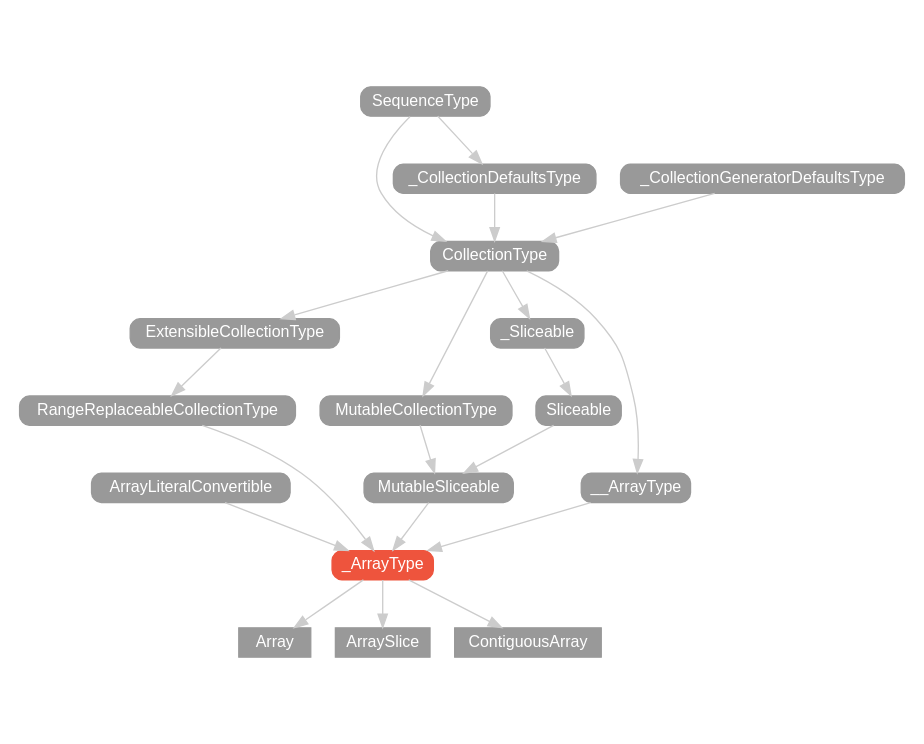
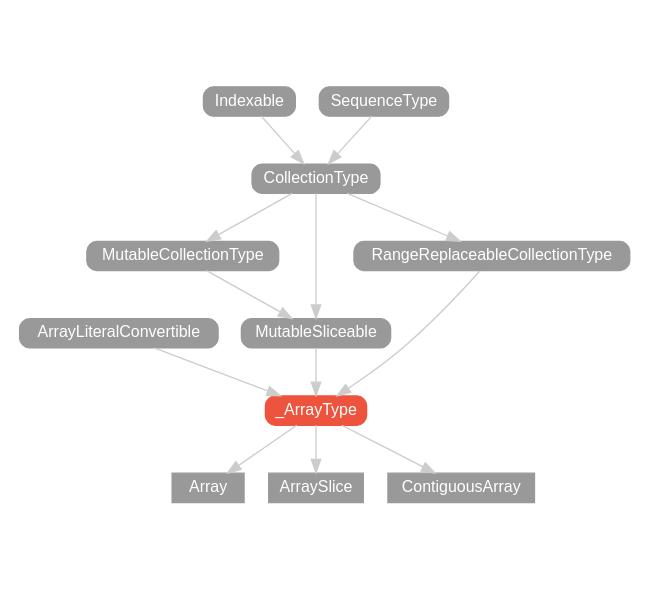
One commit to SwiftDoc/SwiftDoc.github.io changed the diagram in swift-2/protocol/_ArrayType/hierarchy/index.dot. Above: the diagram before and after it, drawn with Graphviz. The commit also changed 1118 other files, not shown here.

```diff
--- a/swift-2/protocol/_ArrayType/hierarchy/index.dot
+++ b/swift-2/protocol/_ArrayType/hierarchy/index.dot
@@ -1,54 +1,34 @@
 strict digraph "_ArrayType - Type Hierarchy - SwiftDoc.org" {
     pad="0.1,0.8"
     node [shape=box, style="filled,rounded", color="#999999", fillcolor="#999999", fontcolor=white, fontname=Helvetica, fontnames="Helvetica,sansserif", fontsize=12, margin="0.07,0.05", height="0.3"]
     edge [color="#cccccc"]
     "Array" [URL="/type/Array/", style=filled]
     "ArrayLiteralConvertible" [URL="/protocol/ArrayLiteralConvertible/"]
     "ArraySlice" [URL="/type/ArraySlice/", style=filled]
     "CollectionType" [URL="/protocol/CollectionType/"]
     "ContiguousArray" [URL="/type/ContiguousArray/", style=filled]
-    "ExtensibleCollectionType" [URL="/protocol/ExtensibleCollectionType/"]
+    "Indexable" [URL="/protocol/Indexable/"]
     "MutableCollectionType" [URL="/protocol/MutableCollectionType/"]
     "MutableSliceable" [URL="/protocol/MutableSliceable/"]
     "RangeReplaceableCollectionType" [URL="/protocol/RangeReplaceableCollectionType/"]
     "SequenceType" [URL="/protocol/SequenceType/"]
-    "Sliceable" [URL="/protocol/Sliceable/"]
-    "_ArrayType" [URL="/protocol/_ArrayType/", style="filled,rounded", fillcolor="#ee543d", color="#ee543d"]
-    "_CollectionDefaultsType" [URL="/protocol/_CollectionDefaultsType/"]
-    "_CollectionGeneratorDefaultsType" [URL="/protocol/_CollectionGeneratorDefaultsType/"]
-    "_Sliceable" [URL="/protocol/_Sliceable/"]
-    "__ArrayType" [URL="/protocol/__ArrayType/"]    "_ArrayType" -> "Array"
+    "_ArrayType" [URL="/protocol/_ArrayType/", style="filled,rounded", fillcolor="#ee543d", color="#ee543d"]    "_ArrayType" -> "Array"
     "_ArrayType" -> "ArraySlice"
     "_ArrayType" -> "ContiguousArray"
-    "__ArrayType" -> "_ArrayType"
     "RangeReplaceableCollectionType" -> "_ArrayType"
     "MutableSliceable" -> "_ArrayType"
     "ArrayLiteralConvertible" -> "_ArrayType"
-    "CollectionType" -> "__ArrayType"
+    "CollectionType" -> "RangeReplaceableCollectionType"
+    "Indexable" -> "CollectionType"
     "SequenceType" -> "CollectionType"
-    "_CollectionDefaultsType" -> "CollectionType"
-    "_CollectionGeneratorDefaultsType" -> "CollectionType"
-    "SequenceType" -> "_CollectionDefaultsType"
-    "ExtensibleCollectionType" -> "RangeReplaceableCollectionType"
-    "CollectionType" -> "ExtensibleCollectionType"
+    "CollectionType" -> "MutableSliceable"
+    "MutableCollectionType" -> "MutableSliceable"
+    "Indexable" -> "CollectionType"
     "SequenceType" -> "CollectionType"
-    "_CollectionDefaultsType" -> "CollectionType"
-    "_CollectionGeneratorDefaultsType" -> "CollectionType"
-    "SequenceType" -> "_CollectionDefaultsType"
-    "Sliceable" -> "MutableSliceable"
-    "MutableCollectionType" -> "MutableSliceable"
-    "_Sliceable" -> "Sliceable"
-    "CollectionType" -> "_Sliceable"
+    "CollectionType" -> "MutableCollectionType"
+    "Indexable" -> "CollectionType"
     "SequenceType" -> "CollectionType"
-    "_CollectionDefaultsType" -> "CollectionType"
-    "_CollectionGeneratorDefaultsType" -> "CollectionType"
-    "SequenceType" -> "_CollectionDefaultsType"
-    "CollectionType" -> "MutableCollectionType"
-    "SequenceType" -> "CollectionType"
-    "_CollectionDefaultsType" -> "CollectionType"
-    "_CollectionGeneratorDefaultsType" -> "CollectionType"
-    "SequenceType" -> "_CollectionDefaultsType"
     subgraph Types {
         rank = max; "Array"; "ArraySlice"; "ContiguousArray";
     }
 }
```
